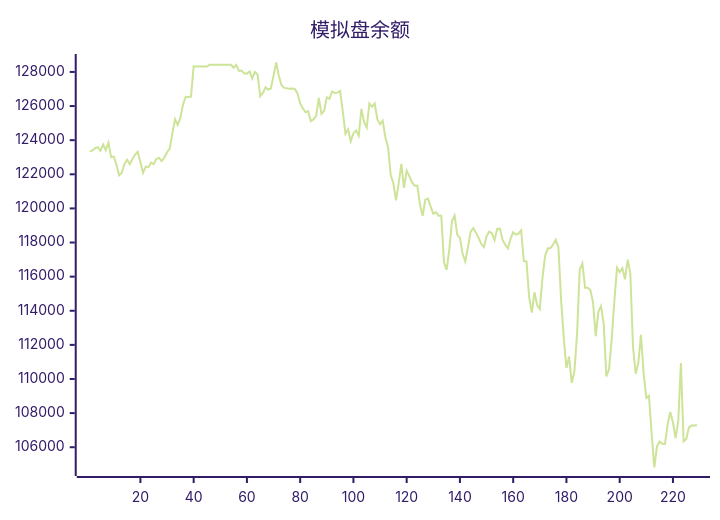
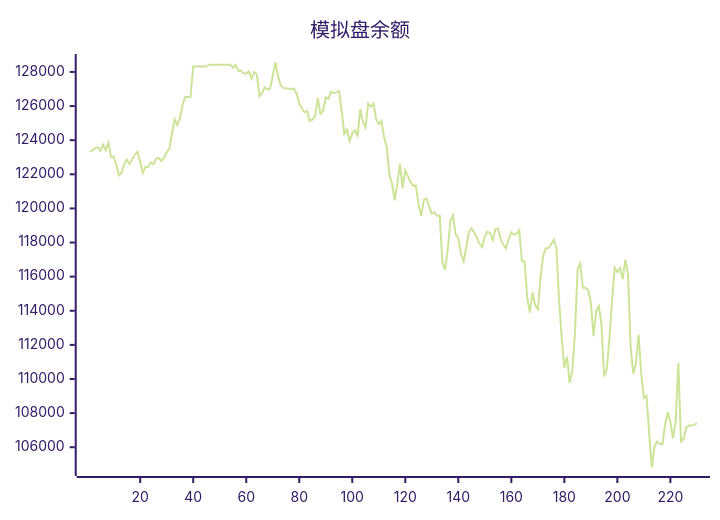
One commit to aahl/ai-trading changed the diagram in README.md. Above: the diagram before and after it, drawn with Mermaid (forest theme). The commit also changed other lines of this file and 1 other file, not shown here.

````diff
--- a/README.md
+++ b/README.md
@@ -5,5 +5,5 @@
 ```mermaid
 xychart
     title "模拟盘余额"
-    line [123338,123402,123530,123592,123378,123745,123413,123853,123009,123040,122557,121938,122095,122599,122856,122597,122898,123160,123319,122719,122087,122454,122416,122685,122592,122907,122961,122776,122981,123295,123507,124403,125224,124894,125303,126088,126544,126534,126549,128335,128318,128318,128318,128318,128318,128424,128424,128424,128424,128424,128424,128424,128424,128424,128247,128412,128062,128087,127917,127901,128026,127611,128000,127850,126572,126770,127100,126971,127029,127783,128554,127765,127224,127064,127044,127009,127025,127004,126738,126152,125871,125635,125707,125117,125217,125420,126480,125545,125715,126511,126424,126856,126764,126788,126890,125710,124381,124632,123936,124402,124574,124256,125833,125070,124739,126154,125966,126145,125213,124943,125143,124157,123604,121959,121476,120476,121470,122610,121201,122221,121889,121522,121332,121344,120232,119559,120513,120577,120108,119680,119777,119572,119568,116839,116392,117573,119250,119585,118469,118277,117338,116897,117706,118628,118849,118579,118280,117926,117735,118373,118639,118544,118136,118798,118819,118162,117874,117649,118215,118601,118463,118517,118713,116911,116899,114798,113887,115084,114313,114091,115934,117221,117658,117658,117883,118164,117693,114632,112403,110644,111313,109777,110444,112673,116419,116772,115355,115355,115198,114476,112510,113954,114276,113223,110151,110561,112361,114562,116522,116265,116500,115845,117000,116199,111887,110306,110942,112588,110318,108891,109011,106814,104811,106038,106327,106201,106180,107315,108068,107463,106528,107530,110941,106346,106482,107161,107268,107270,107302]
+    line [123338,123402,123530,123592,123378,123745,123413,123853,123009,123040,122557,121938,122095,122599,122856,122597,122898,123160,123319,122719,122087,122454,122416,122685,122592,122907,122961,122776,122981,123295,123507,124403,125224,124894,125303,126088,126544,126534,126549,128335,128318,128318,128318,128318,128318,128424,128424,128424,128424,128424,128424,128424,128424,128424,128247,128412,128062,128087,127917,127901,128026,127611,128000,127850,126572,126770,127100,126971,127029,127783,128554,127765,127224,127064,127044,127009,127025,127004,126738,126152,125871,125635,125707,125117,125217,125420,126480,125545,125715,126511,126424,126856,126764,126788,126890,125710,124381,124632,123936,124402,124574,124256,125833,125070,124739,126154,125966,126145,125213,124943,125143,124157,123604,121959,121476,120476,121470,122610,121201,122221,121889,121522,121332,121344,120232,119559,120513,120577,120108,119680,119777,119572,119568,116839,116392,117573,119250,119585,118469,118277,117338,116897,117706,118628,118849,118579,118280,117926,117735,118373,118639,118544,118136,118798,118819,118162,117874,117649,118215,118601,118463,118517,118713,116911,116899,114798,113887,115084,114313,114091,115934,117221,117658,117658,117883,118164,117693,114632,112403,110644,111313,109777,110444,112673,116419,116772,115355,115355,115198,114476,112510,113954,114276,113223,110151,110561,112361,114562,116522,116265,116500,115845,117000,116199,111887,110306,110942,112588,110318,108891,109011,106814,104811,106038,106327,106201,106180,107315,108068,107463,106528,107530,110941,106346,106482,107161,107268,107270,107302,107426]
 ```
````
